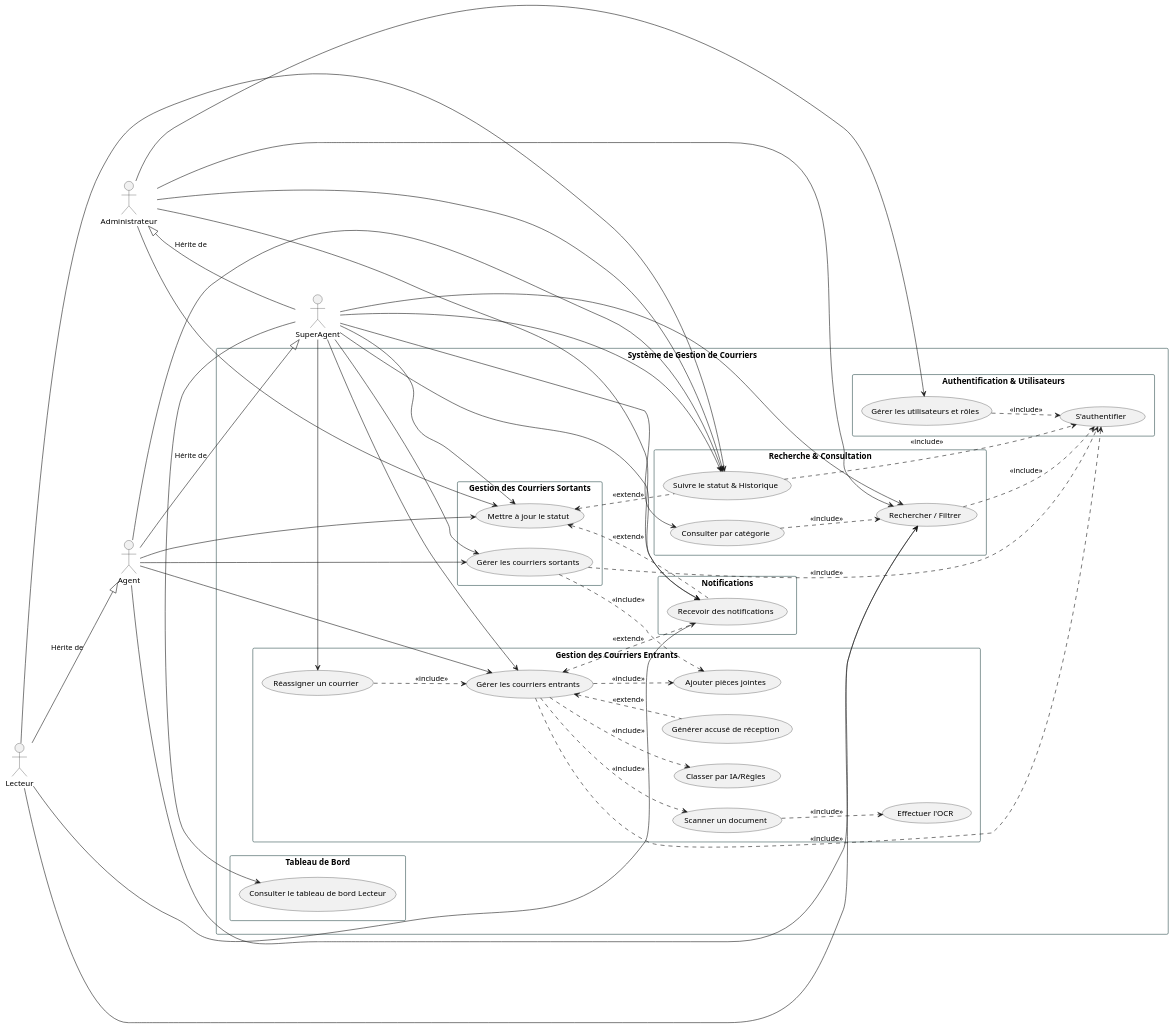
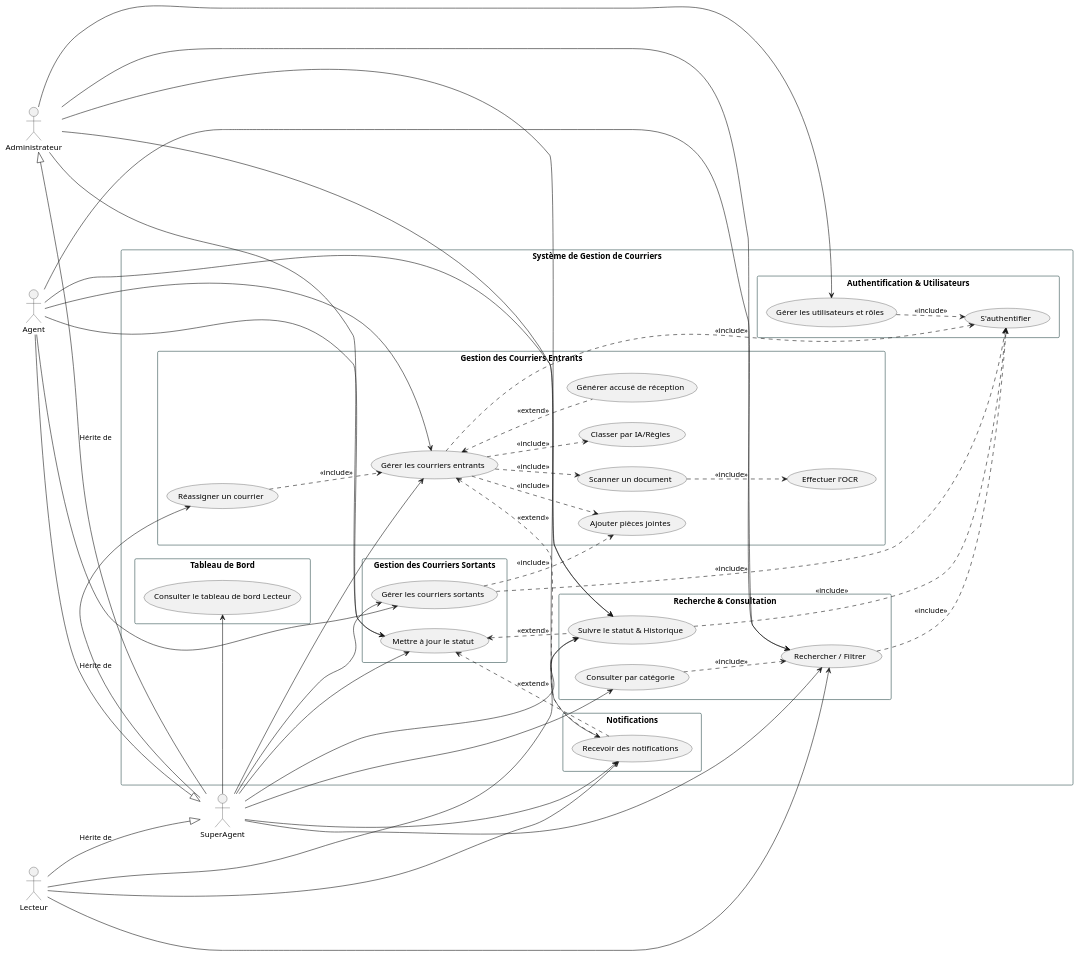
Before and after one commit to MohamedEn-nasry/Application-mobile-Bureau-Ordre-Archives-Intelligent: the diagram in Conception/UML/DiagramDeUseCase/use_case.puml, drawn with PlantUML. The commit also changed 8 other files, not shown here.

Commit message:
Développer tous les Diagrammes existants pour le projet (UML, ERD, Diagramme d’architecture système)

```diff
--- a/Conception/UML/DiagramDeUseCase/use_case.puml
+++ b/Conception/UML/DiagramDeUseCase/use_case.puml
@@ -1,102 +1,102 @@
 @startuml
 left to right direction
 skinparam packageStyle rectangle
 skinparam shadowing false
 skinparam rectangle {
     BackgroundColor White
     BorderColor DarkSlateGray
 }
 
 actor "Lecteur" as Lecteur
 actor "Agent" as Agent
 actor "SuperAgent" as SuperAgent
 actor "Administrateur" as Admin
 
-Lecteur -down-|> Agent : "Hérite de"
+Lecteur -down-|> SuperAgent : "Hérite de"
 Agent -down-|> SuperAgent : "Hérite de"
 SuperAgent -up-|> Admin : "Hérite de"
 
 rectangle "Système de Gestion de Courriers" {
   
   package "Authentification & Utilisateurs" {
     usecase "S'authentifier" as UC_AUTH
     usecase "Gérer les utilisateurs et rôles" as UC_ADMIN_USERS
   }
   
   package "Gestion des Courriers Entrants" {
     usecase "Gérer les courriers entrants" as UC_ENTRANT
     usecase "Scanner un document" as UC_SCAN
     usecase "Effectuer l'OCR" as UC_OCR
     usecase "Classer par IA/Règles" as UC_CLASSIF
     usecase "Ajouter pièces jointes" as UC_JOINTS
     usecase "Générer accusé de réception" as UC_ACCUSE
     usecase "Réassigner un courrier" as UC_REASSIGN
   }
   
   package "Gestion des Courriers Sortants" {
     usecase "Gérer les courriers sortants" as UC_SORTANT
     usecase "Mettre à jour le statut" as UC_STATUS
   }
 
   package "Recherche & Consultation" {
     usecase "Rechercher / Filtrer" as UC_SEARCH
     usecase "Suivre le statut & Historique" as UC_HISTORY
     usecase "Consulter par catégorie" as UC_CATEGORY
   }
 
   package "Notifications" {
     usecase "Recevoir des notifications" as UC_NOTIFY
   }
 
   package "Tableau de Bord" {
     usecase "Consulter le tableau de bord Lecteur" as UC_DASHBOARD
   }
 
   UC_ENTRANT ..> UC_AUTH : <<include>>
   UC_SORTANT ..> UC_AUTH : <<include>>
   UC_SEARCH ..> UC_AUTH : <<include>>
   UC_ADMIN_USERS ..> UC_AUTH : <<include>>
   
   UC_ENTRANT ..> UC_SCAN : <<include>>
   UC_SCAN ..> UC_OCR : <<include>>
   UC_ENTRANT ..> UC_CLASSIF : <<include>>
   UC_ENTRANT ..> UC_JOINTS : <<include>>
   UC_SORTANT ..> UC_JOINTS : <<include>>
   
   UC_HISTORY ..> UC_AUTH : <<include>>
 
   UC_STATUS <.. UC_NOTIFY : <<extend>>
   UC_ENTRANT <.. UC_NOTIFY : <<extend>>
   UC_ENTRANT <.. UC_ACCUSE : <<extend>>
   UC_STATUS <.. UC_HISTORY : <<extend>>
   UC_REASSIGN ..> UC_ENTRANT : <<include>>
   UC_CATEGORY ..> UC_SEARCH : <<include>>
 }
 
 Agent --> UC_ENTRANT
 Agent --> UC_SORTANT
 Agent --> UC_SEARCH
 Agent --> UC_STATUS
 Agent --> UC_HISTORY
 
 SuperAgent --> UC_ENTRANT
 SuperAgent --> UC_SORTANT
 SuperAgent --> UC_SEARCH
 SuperAgent --> UC_STATUS
 SuperAgent --> UC_HISTORY
 SuperAgent --> UC_NOTIFY
 SuperAgent --> UC_REASSIGN
 SuperAgent --> UC_CATEGORY
 SuperAgent --> UC_DASHBOARD
 
 Admin --> UC_ADMIN_USERS
 Admin --> UC_SEARCH
 Admin --> UC_STATUS
 Admin --> UC_NOTIFY
 Admin --> UC_HISTORY
 
 Lecteur --> UC_SEARCH
 Lecteur --> UC_HISTORY
 Lecteur --> UC_NOTIFY
 
 @enduml
```
